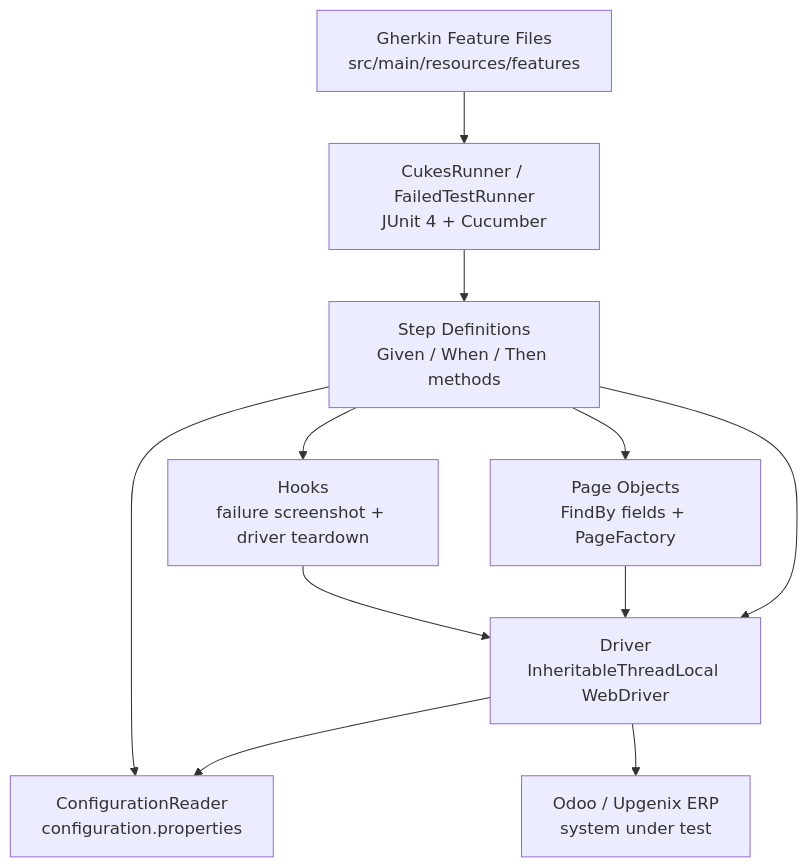
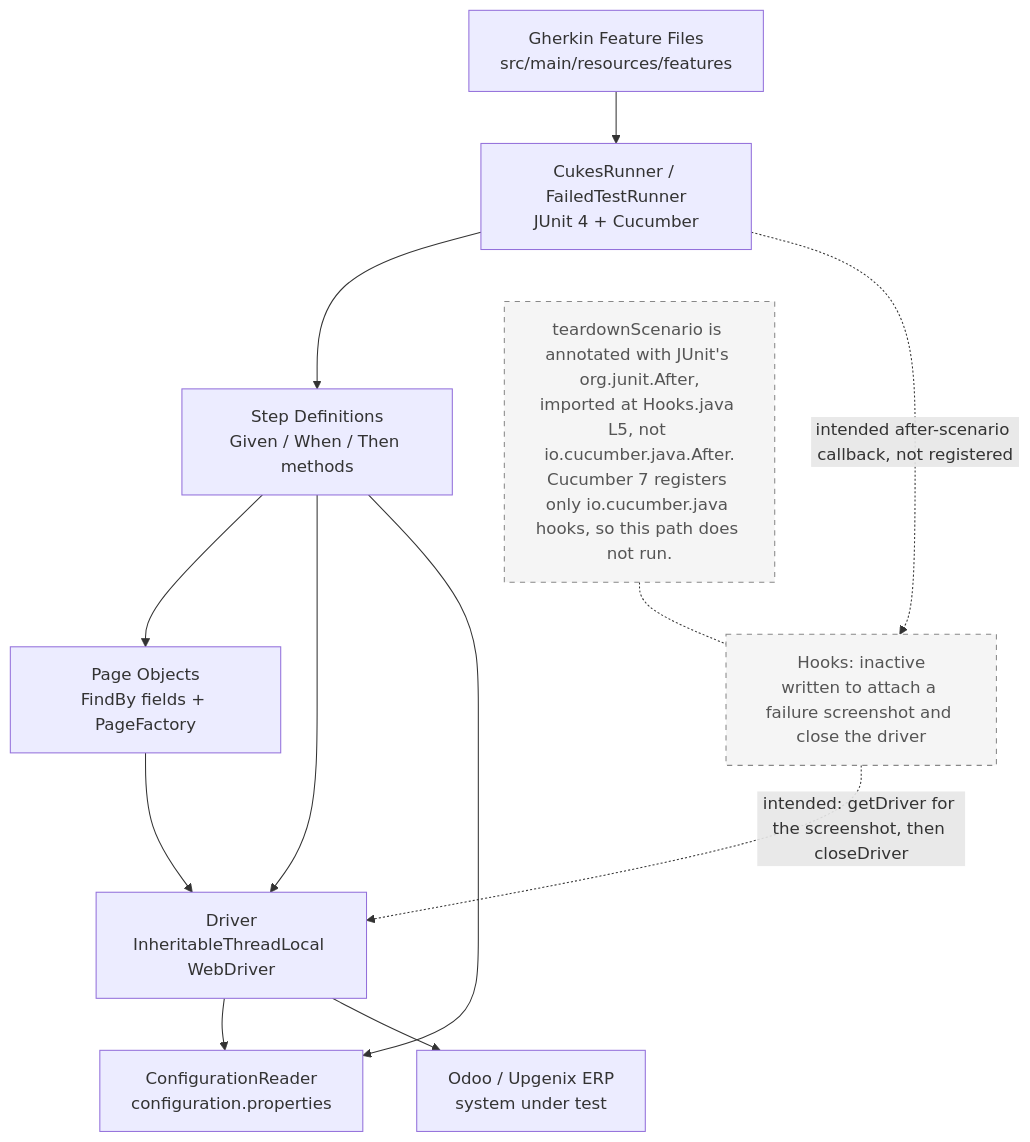
The first of 4 diagrams in README.md (lakshya-blitzy/RepoSitory_with_multiple_details_12345-), drawn with Mermaid before and after one commit. The commit also changed other lines of this file and 5 other files, not shown here.

````diff
--- a/README.md
+++ b/README.md
@@ -112,13 +136,16 @@
 ```mermaid
 flowchart TB
     Feature["Gherkin Feature Files<br/>src/main/resources/features"] --> Runner["CukesRunner / FailedTestRunner<br/>JUnit 4 + Cucumber"]
     Runner --> Steps["Step Definitions<br/>Given / When / Then methods"]
-    Steps --> Hooks["Hooks<br/>failure screenshot + driver teardown"]
     Steps --> Pages["Page Objects<br/>FindBy fields + PageFactory"]
     Steps --> Driver
     Pages --> Driver["Driver<br/>InheritableThreadLocal WebDriver"]
-    Hooks --> Driver
     Driver --> Config["ConfigurationReader<br/>configuration.properties"]
     Steps --> Config
     Driver --> SUT["Odoo / Upgenix ERP<br/>system under test"]
+    Runner -.->|"intended after-scenario callback, not registered"| Hooks["Hooks: inactive<br/>written to attach a failure screenshot and close the driver"]
+    Hooks -.->|"intended: getDriver for the screenshot, then closeDriver"| Driver
+    HookNote["teardownScenario is annotated with JUnit's org.junit.After,<br/>imported at Hooks.java L5, not io.cucumber.java.After.<br/>Cucumber 7 registers only io.cucumber.java hooks, so this path does not run."] -.- Hooks
+    classDef inactive fill:#f5f5f5,stroke:#888,stroke-dasharray:5 5,color:#555
+    class Hooks,HookNote inactive
 ```
````
